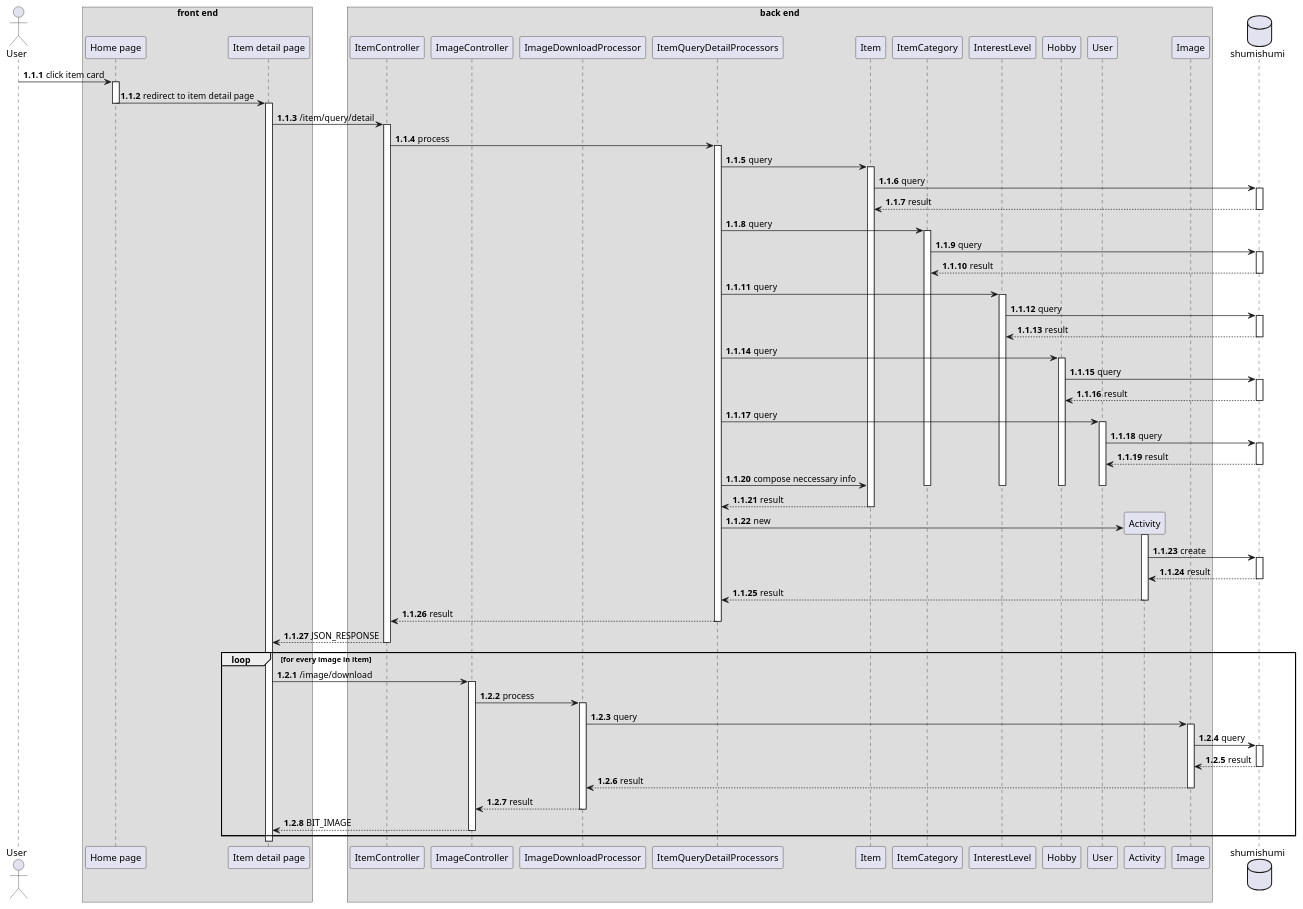
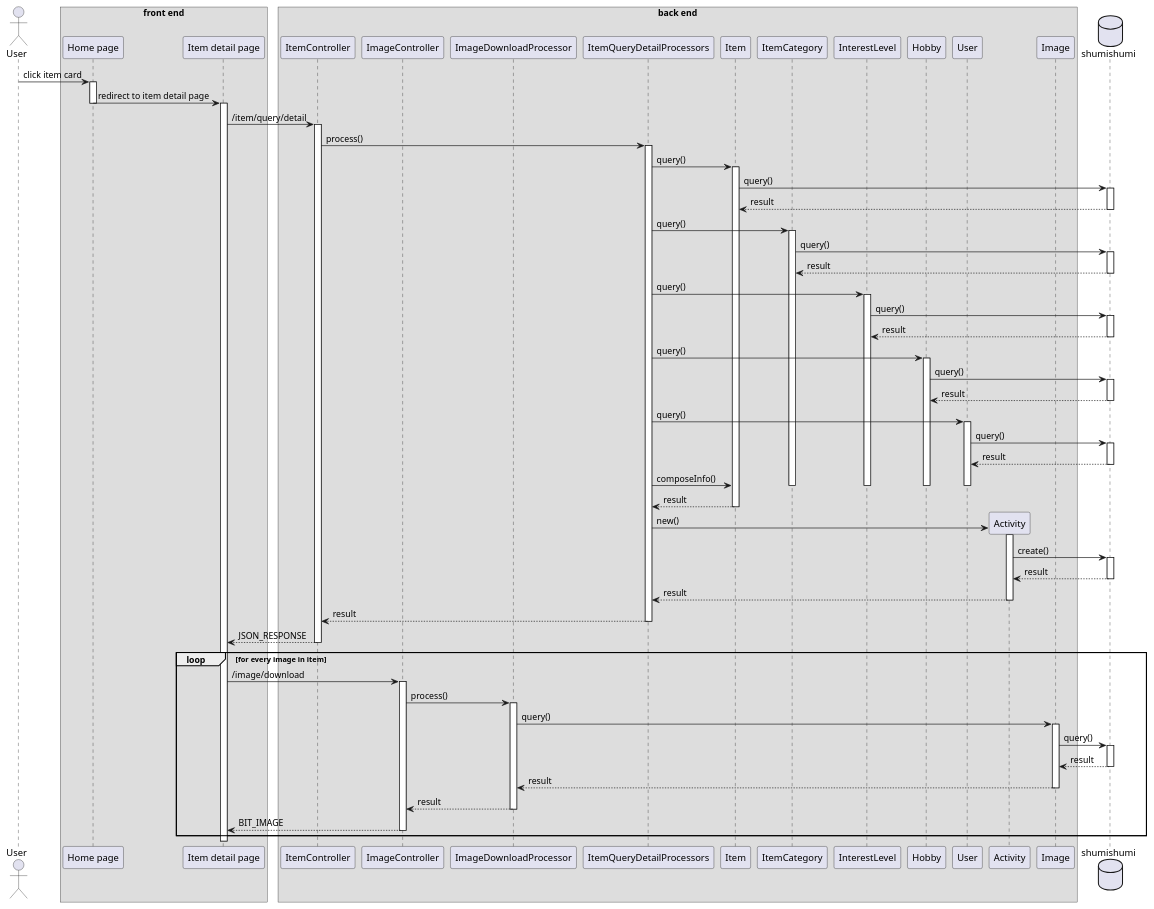
One commit to aldihsuhandi/skripsi-2023 changed the diagram in uml diagram/sequence diagram/10. see item detail.pu. Above: the diagram before and after it, drawn with PlantUML. The commit also changed 68 other files, not shown here.

Commit message:
fix sequence diagram

```diff
--- a/uml diagram/sequence diagram/10. see item detail.pu
+++ b/uml diagram/sequence diagram/10. see item detail.pu
@@ -1,82 +1,82 @@
 @startuml see item detail
-autonumber 1.1.1
+'autonumber 1.1.1
 
 actor User as u
 
 box "front end"
 participant "Home page" as home
 participant "Item detail page" as detail
 end box
 
 box "back end"
 participant "ItemController" as ic
 participant "ImageController" as imc
 
 participant "ImageDownloadProcessor" as downproc
 participant "ItemQueryDetailProcessors" as detailproc
 
 participant "Item" as im
 participant ItemCategory as icm
 participant InterestLevel as ilm
 participant Hobby as hm
 participant User as um
 participant Activity as am
 
 participant "Image" as img
 end box
 
 database shumishumi as db
 
 u -> home++ : click item card
 home -> detail --++ : redirect to item detail page
 detail -> ic++ : /item/query/detail
-ic -> detailproc++ : process
-detailproc -> im++ : query
-im -> db++ : query
+ic -> detailproc++ : process()
+detailproc -> im++ : query()
+im -> db++ : query()
 return result
 
-detailproc -> icm++ : query
-icm -> db++: query
+detailproc -> icm++ : query()
+icm -> db++: query()
 return result
 
-detailproc -> ilm++ : query
-ilm -> db++: query
+detailproc -> ilm++ : query()
+ilm -> db++: query()
 return result
 
-detailproc -> hm++ : query
-hm -> db++: query
+detailproc -> hm++ : query()
+hm -> db++: query()
 return result
-detailproc -> um++ : query
-um -> db++: query
+detailproc -> um++ : query()
+um -> db++: query()
 return result
 
-detailproc -> im : compose neccessary info
+detailproc -> im : composeInfo()
 deactivate um
 deactivate icm
 deactivate ilm
 deactivate hm
 
 return result
 
 create am
-detailproc -> am++ : new
-am -> db++ : create
+detailproc -> am++ : new()
+am -> db++ : create()
 return result
 return result
 
 return result
 return JSON_RESPONSE
 
-autonumber inc b
+'autonumber inc b
 loop for every image in item
     detail -> imc++ : /image/download
-    imc -> downproc++ : process
-    downproc -> img++ : query
-    img -> db++ : query
+    imc -> downproc++ : process()
+    downproc -> img++ : query()
+    img -> db++ : query()
     return result
     return result
     return result
     return BIT_IMAGE
 end
 
 @enduml
```
